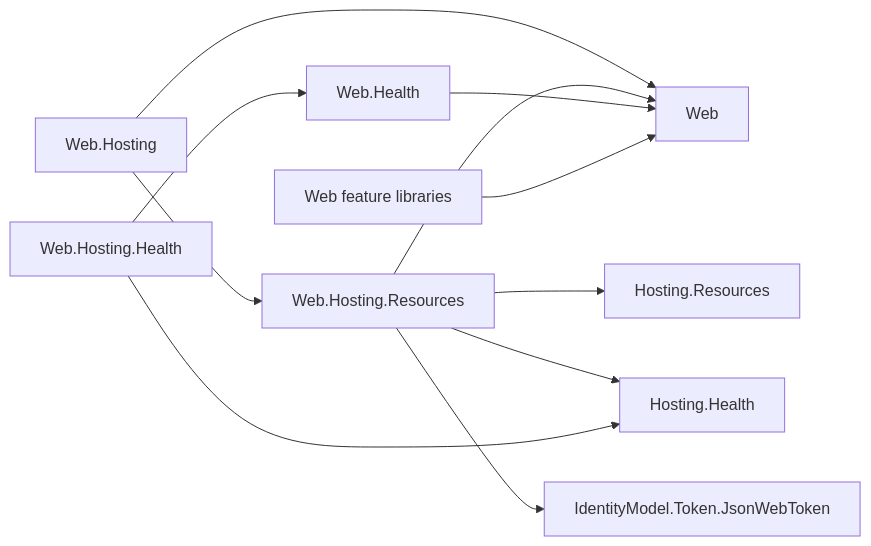
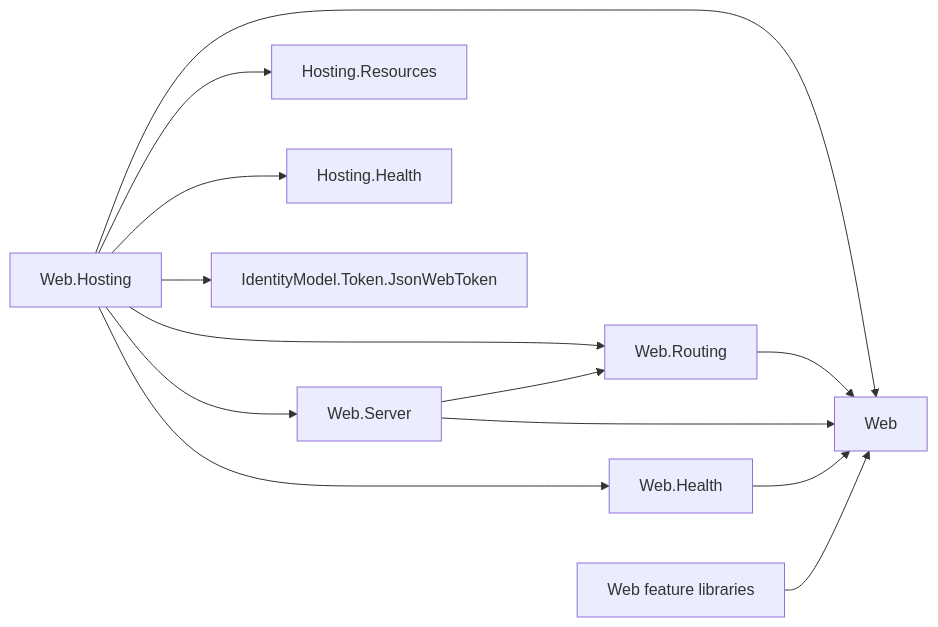
Before and after one commit to assimalign/cohesion: the diagram in resources/Web/README.md, drawn with Mermaid. The commit also changed other lines of this file and 2416 other files, not shown here.

````diff
--- a/resources/Web/README.md
+++ b/resources/Web/README.md
@@ -82,13 +170,15 @@
 ```mermaid
 flowchart LR
     Host["Web.Hosting"] --> Root["Web"]
-    Host --> Resources["Web.Hosting.Resources"]
-    Resources --> Root
-    Resources --> HR["Hosting.Resources"]
-    Resources --> HH["Hosting.Health"]
-    Resources --> JWT["IdentityModel.Token.JsonWebToken"]
-    Adapter["Web.Hosting.Health"] --> Health["Web.Health"]
-    Adapter --> HH
+    Host --> Routing["Web.Routing"]
+    Host --> Server["Web.Server"]
+    Host --> Health["Web.Health"]
+    Routing --> Root
+    Server --> Root
+    Server --> Routing
+    Host --> HR["Hosting.Resources"]
+    Host --> HH["Hosting.Health"]
+    Host --> JWT["IdentityModel.Token.JsonWebToken"]
     Health --> Root
     Feature["Web feature libraries"] --> Root
 ```
````
